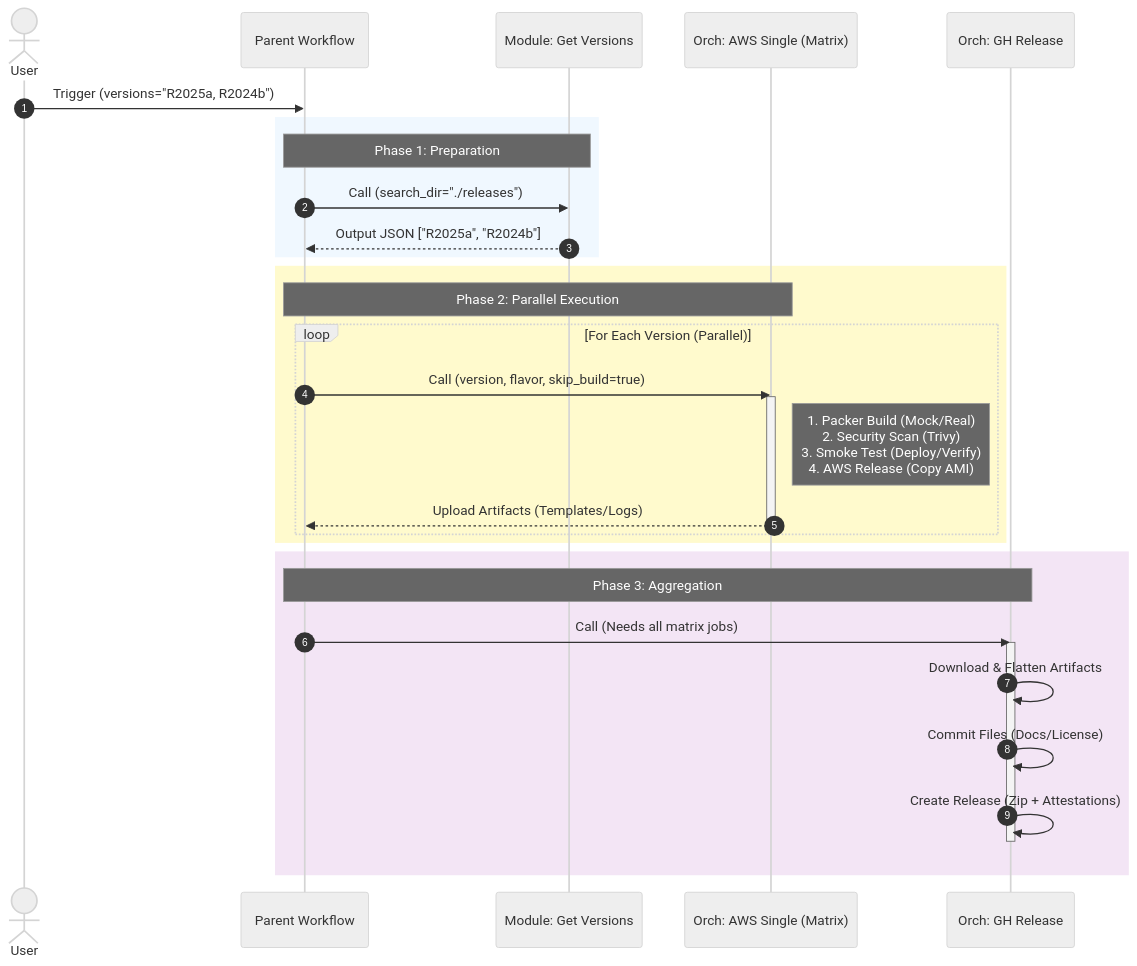
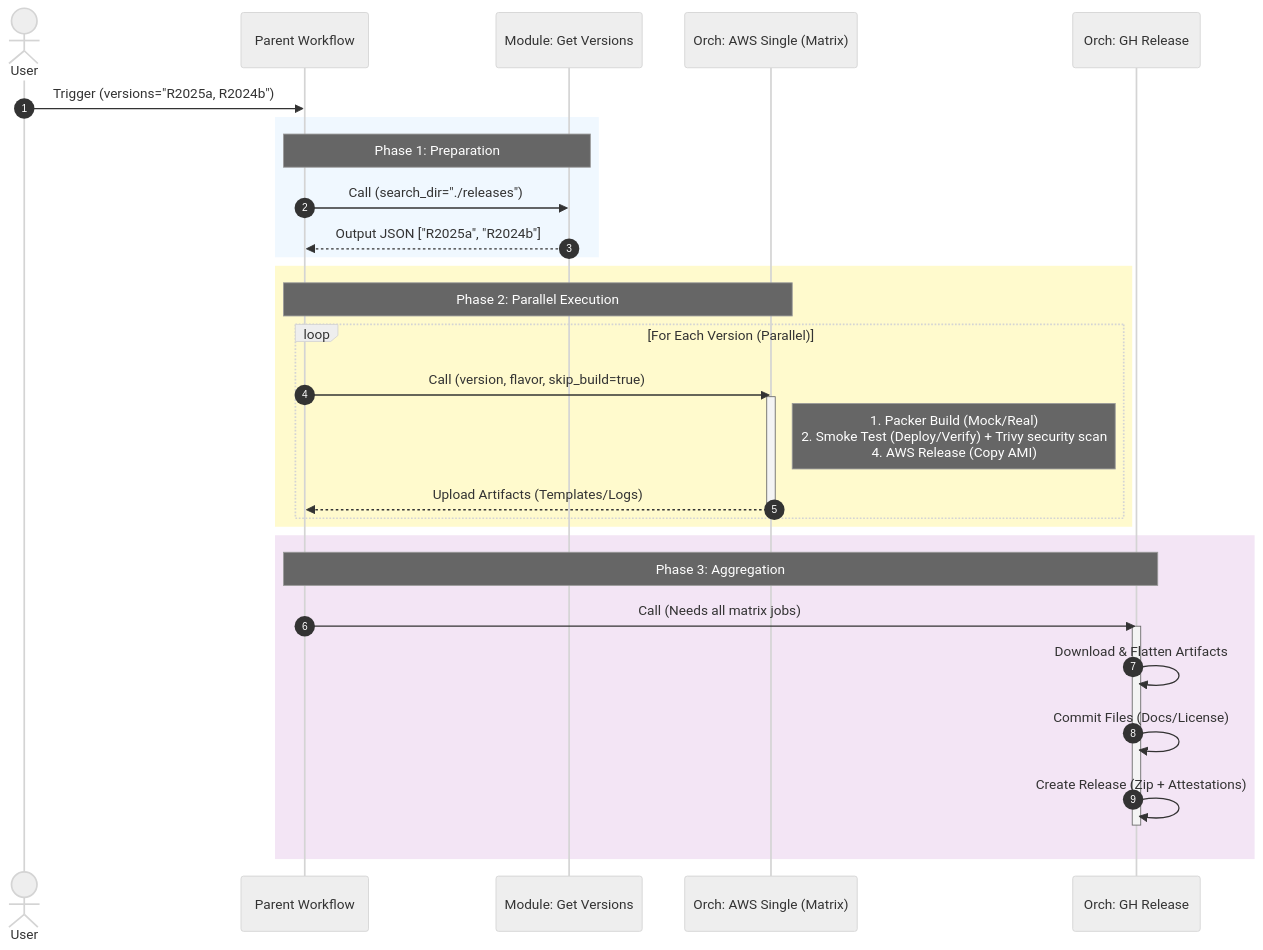
One commit to eshans-nexus/actions-templates changed the diagram in docs/sequence.md. Above: the diagram before and after it, drawn with Mermaid (neutral theme).

````diff
--- a/docs/sequence.md
+++ b/docs/sequence.md
@@ -1,39 +1,39 @@
 ```mermaid
 sequenceDiagram
     autonumber
     actor User
     participant Parent as Parent Workflow
     participant VerModule as Module: Get Versions
     participant OrchAWS as Orch: AWS Single (Matrix)
     participant OrchGH as Orch: GH Release
 
     User->>Parent: Trigger (versions="R2025a, R2024b")
     
     rect rgb(240, 248, 255)
         Note over Parent, VerModule: Phase 1: Preparation
         Parent->>VerModule: Call (search_dir="./releases")
         VerModule-->>Parent: Output JSON ["R2025a", "R2024b"]
     end
 
     rect rgb(255, 250, 205)
         Note over Parent, OrchAWS: Phase 2: Parallel Execution
         loop For Each Version (Parallel)
             Parent->>OrchAWS: Call (version, flavor, skip_build=true)
             
             activate OrchAWS
-            Note right of OrchAWS: 1. Packer Build (Mock/Real)<br/>2. Security Scan (Trivy)<br/>3. Smoke Test (Deploy/Verify)<br/>4. AWS Release (Copy AMI)
+            Note right of OrchAWS: 1. Packer Build (Mock/Real)<br/>2. Smoke Test (Deploy/Verify) + Trivy security scan<br/>4. AWS Release (Copy AMI)
             OrchAWS-->>Parent: Upload Artifacts (Templates/Logs)
             deactivate OrchAWS
         end
     end
 
     rect rgb(243, 229, 245)
         Note over Parent, OrchGH: Phase 3: Aggregation
         Parent->>OrchGH: Call (Needs all matrix jobs)
         activate OrchGH
         OrchGH->>OrchGH: Download & Flatten Artifacts
         OrchGH->>OrchGH: Commit Files (Docs/License)
         OrchGH->>OrchGH: Create Release (Zip + Attestations)
         deactivate OrchGH
     end
 ```
````
